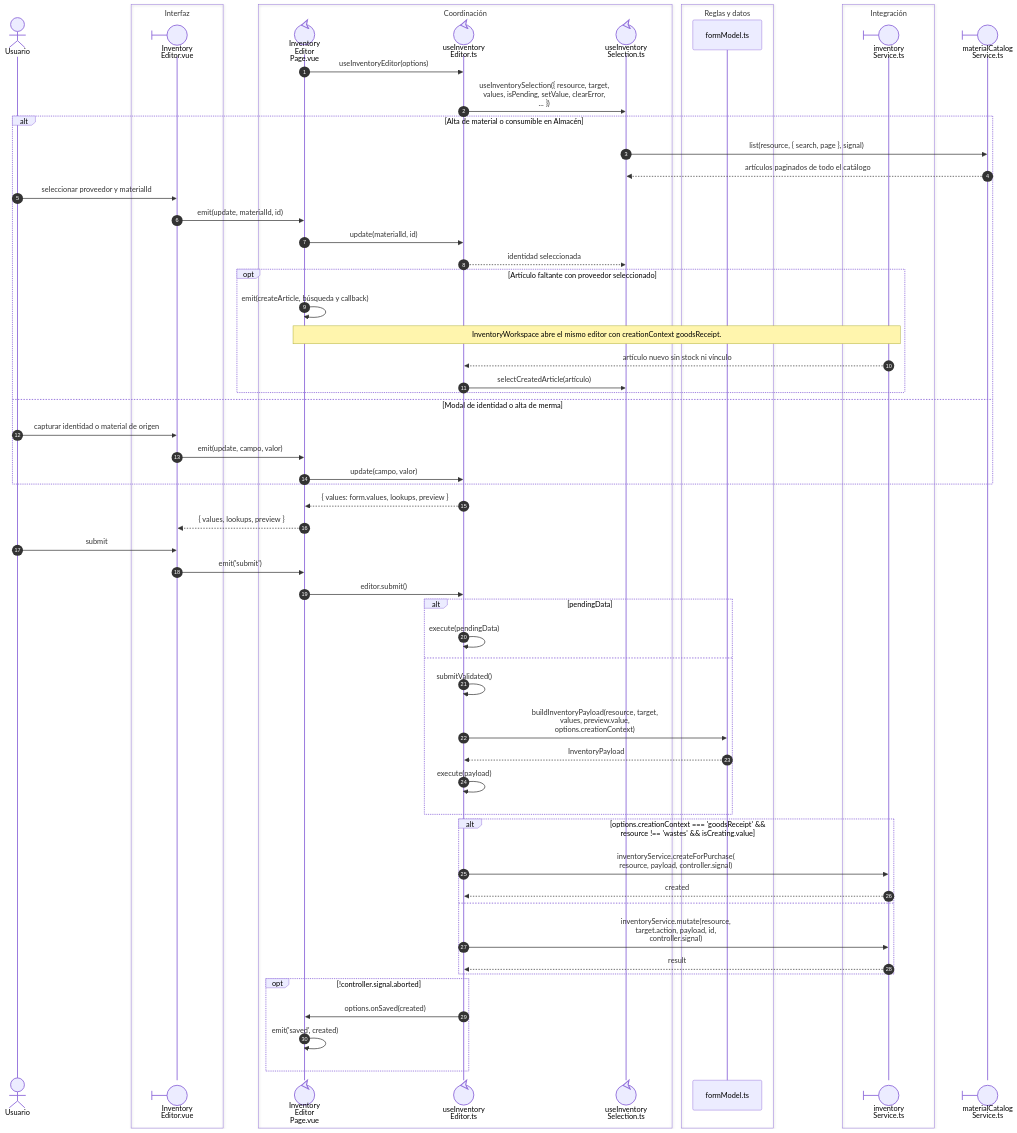
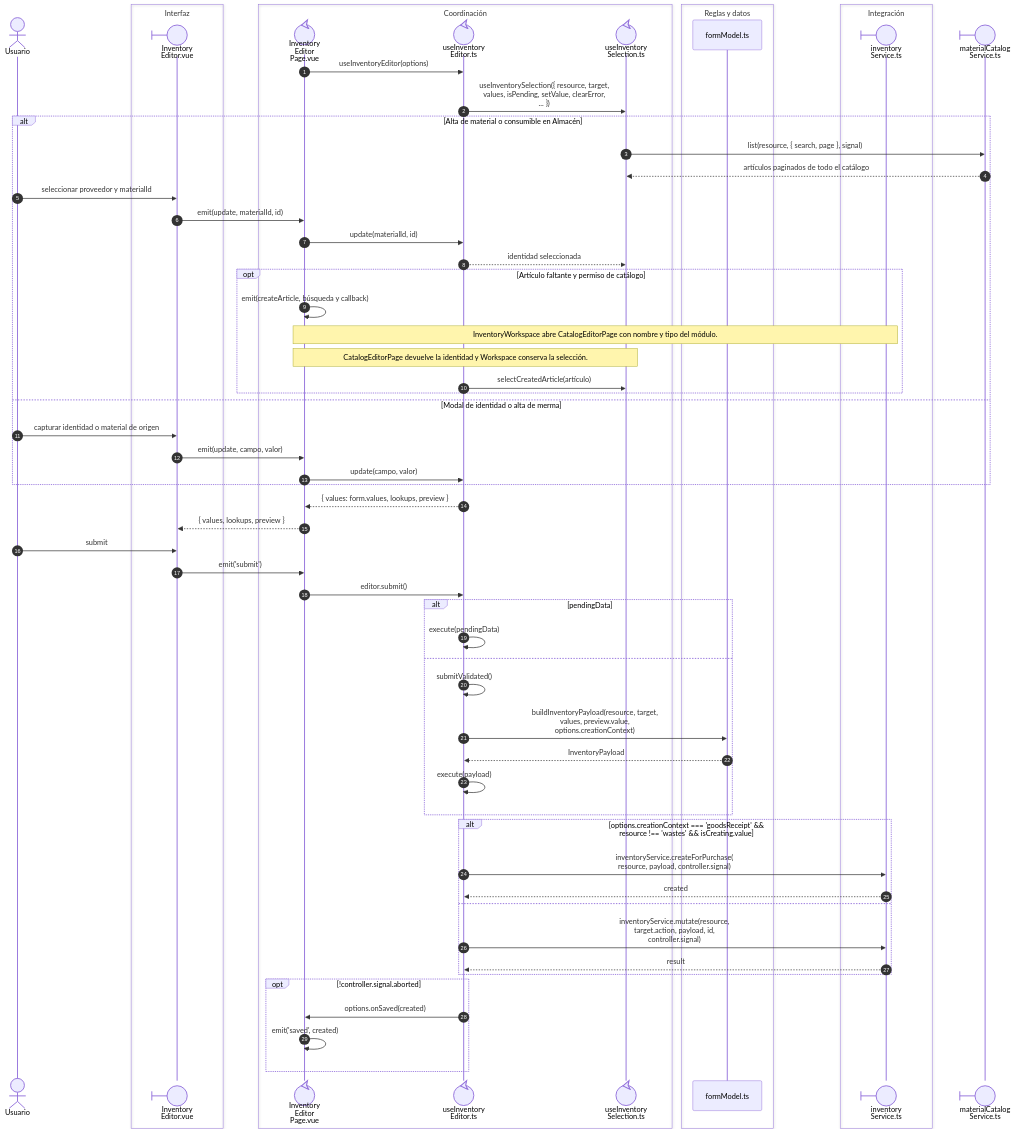
Before and after one commit to gpgsistemas01/nexus: the diagram in front/docs/architecture/views/processes/05-warehouse/01-inventory-selection-write.md, drawn with Mermaid. The commit also changed 54 other files, not shown here.

Commit message:
feat: align detail entry rows and enable warehouse catalog creation

````diff
--- a/front/docs/architecture/views/processes/05-warehouse/01-inventory-selection-write.md
+++ b/front/docs/architecture/views/processes/05-warehouse/01-inventory-selection-write.md
@@ -9,64 +9,64 @@
 ```mermaid
 sequenceDiagram
     autonumber
     actor U as Usuario
     box Interfaz
     participant Form@{ "type": "boundary" } as Inventory<br/>Editor.vue
     end
     box Coordinación
     participant Page@{ "type": "control" } as Inventory<br/>Editor<br/>Page.vue
     participant Editor@{ "type": "control" } as useInventory<br/>Editor.ts
     participant Selection@{ "type": "control" } as useInventory<br/>Selection.ts
     end
     box Reglas y datos
     participant Model as formModel.ts
     end
     box Integración
     participant Service@{ "type": "boundary" } as inventory<br/>Service.ts
     end
     participant Catalog@{ "type": "boundary" } as materialCatalog<br/>Service.ts
     Page->>Editor: nowrap: useInventoryEditor(options)
     Editor->>Selection: nowrap: useInventorySelection({ resource, target,<br/>values, isPending, setValue, clearError,<br/>... })
     alt Alta de material o consumible en Almacén
         Selection->>Catalog: list(resource, { search, page }, signal)
         Catalog-->>Selection: artículos paginados de todo el catálogo
         U->>Form: seleccionar proveedor y materialId
         Form->>Page: emit(update, materialId, id)
         Page->>Editor: update(materialId, id)
         Editor-->>Selection: identidad seleccionada
-        opt Artículo faltante con proveedor seleccionado
+        opt Artículo faltante y permiso de catálogo
             Page->>Page: emit(createArticle, búsqueda y callback)
-            Note over Page,Service: InventoryWorkspace abre el mismo editor con creationContext goodsReceipt.
-            Service-->>Editor: artículo nuevo sin stock ni vínculo
+            Note over Page,Service: InventoryWorkspace abre CatalogEditorPage con nombre y tipo del módulo.
+            Note over Page,Selection: CatalogEditorPage devuelve la identidad y Workspace conserva la selección.
             Editor->>Selection: selectCreatedArticle(artículo)
         end
     else Modal de identidad o alta de merma
         U->>Form: capturar identidad o material de origen
         Form->>Page: emit(update, campo, valor)
         Page->>Editor: update(campo, valor)
     end
     Editor-->>Page: nowrap: { values: form.values, lookups, preview }
     Page-->>Form: nowrap: { values, lookups, preview }
     U->>Form: nowrap: submit
     Form->>Page: nowrap: emit('submit')
     Page->>Editor: nowrap: editor.submit()
     alt nowrap: pendingData
         Editor->>Editor: nowrap: execute(pendingData)
     else
         Editor->>Editor: nowrap: submitValidated()
         Editor->>Model: nowrap: buildInventoryPayload(resource, target,<br/>values, preview.value,<br/>options.creationContext)
         Model-->>Editor: nowrap: InventoryPayload
         Editor->>Editor: nowrap: execute(payload)
     end
     alt nowrap: options.creationContext === 'goodsReceipt' &&<br/>resource !== 'wastes' && isCreating.value
         Editor->>Service: nowrap: inventoryService.createForPurchase(<br/>resource, payload, controller.signal)
         Service-->>Editor: nowrap: created
     else
         Editor->>Service: nowrap: inventoryService.mutate(resource,<br/>target.action, payload, id,<br/>controller.signal)
         Service-->>Editor: nowrap: result
     end
     opt nowrap: !controller.signal.aborted
         Editor->>Page: nowrap: options.onSaved(created)
         Page->>Page: nowrap: emit('saved', created)
     end
 ```
````
